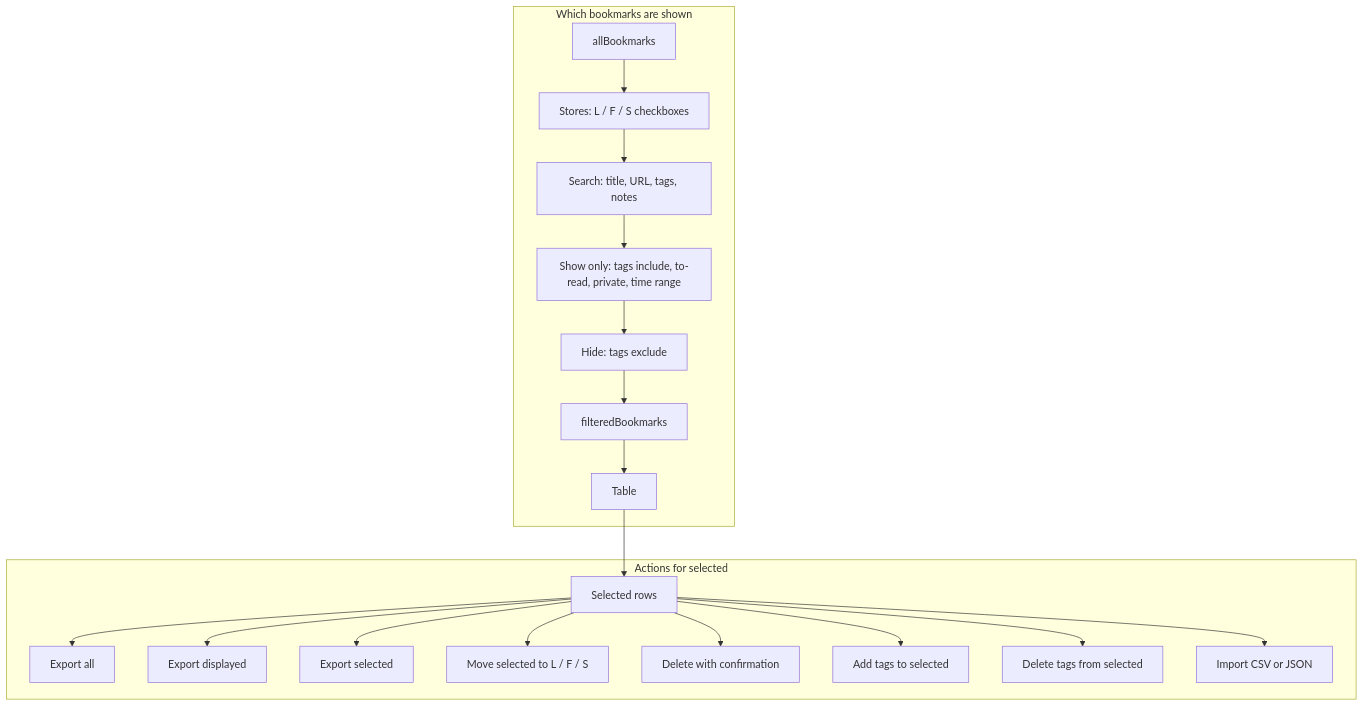
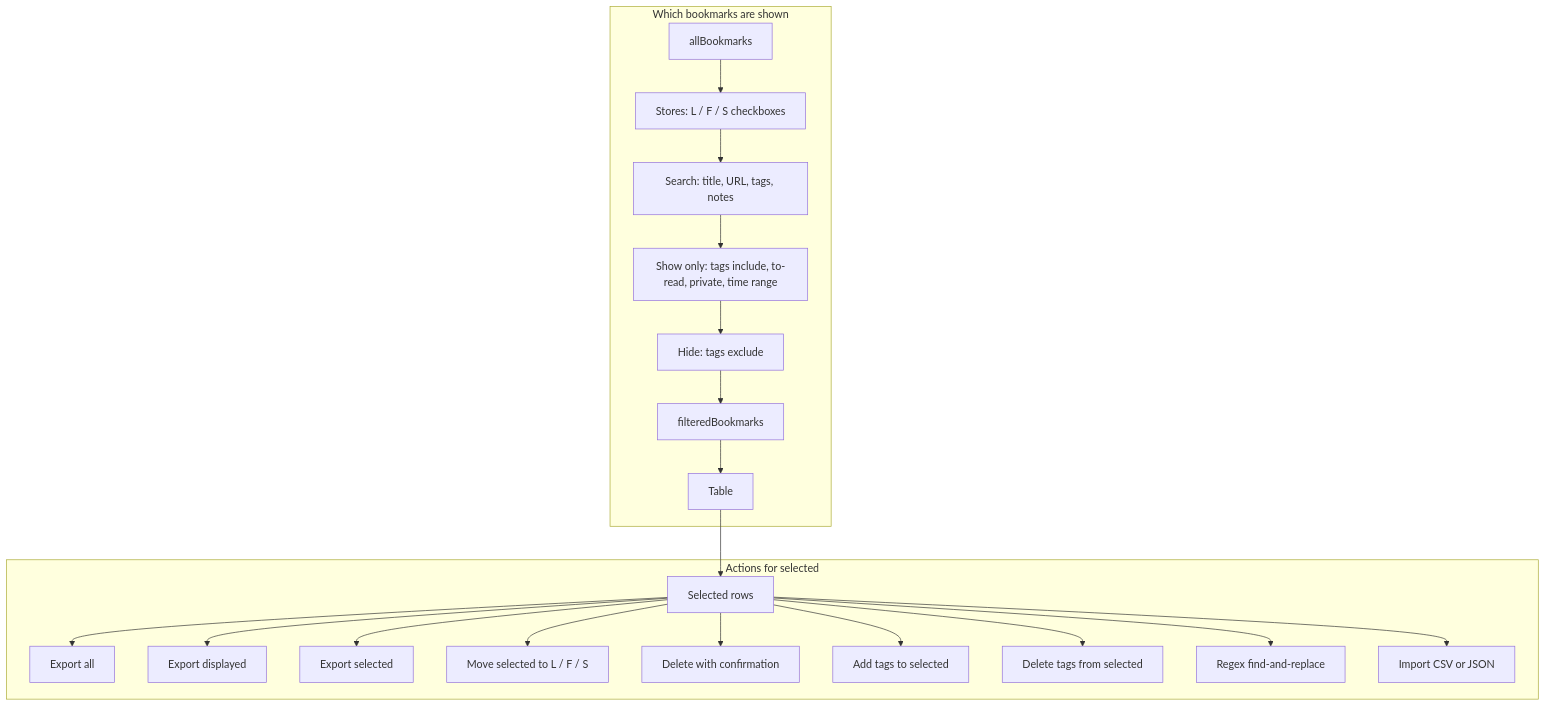
Before and after one commit to fareedst/hoverboard: the diagram in README.md, drawn with Mermaid. The commit also changed other lines of this file and 14 other files, not shown here.

Commit message:
feat: regex find-and-replace on selected bookmarks

````diff
--- a/README.md
+++ b/README.md
@@ -81,38 +81,40 @@
 ```mermaid
 flowchart TB
   subgraph whichShown [Which bookmarks are shown]
     All[allBookmarks]
     Stores[Stores: L / F / S checkboxes]
     Search[Search: title, URL, tags, notes]
     ShowOnly[Show only: tags include, to-read, private, time range]
     Hide[Hide: tags exclude]
     Filtered[filteredBookmarks]
     Table[Table]
     All --> Stores
     Stores --> Search
     Search --> ShowOnly
     ShowOnly --> Hide
     Hide --> Filtered
     Filtered --> Table
   end
   subgraph actions [Actions for selected]
     Selected[Selected rows]
     ExportAll[Export all]
     ExportDisplayed[Export displayed]
     ExportSelected[Export selected]
     Move[Move selected to L / F / S]
     Delete[Delete with confirmation]
     AddTags[Add tags to selected]
     DeleteTags[Delete tags from selected]
+    RegexReplace[Regex find-and-replace]
     Import[Import CSV or JSON]
     Selected --> ExportAll
     Selected --> ExportDisplayed
     Selected --> ExportSelected
     Selected --> Move
     Selected --> Delete
     Selected --> AddTags
     Selected --> DeleteTags
+    Selected --> RegexReplace
     Selected --> Import
   end
   Table --> Selected
 ```
````
